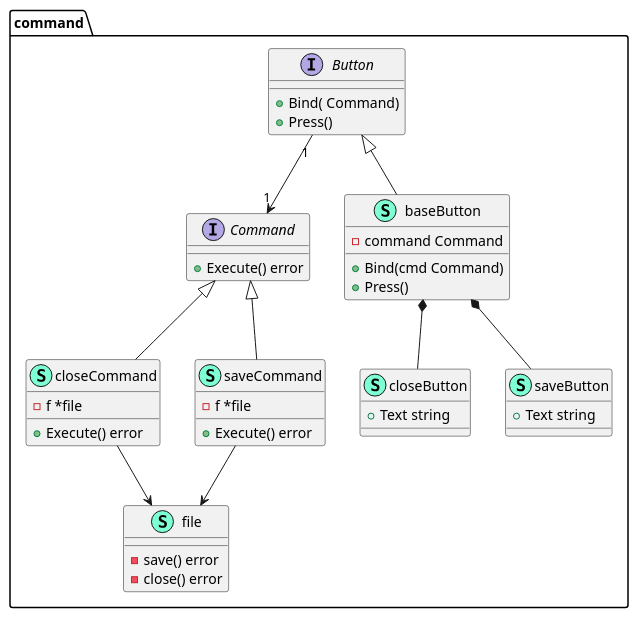
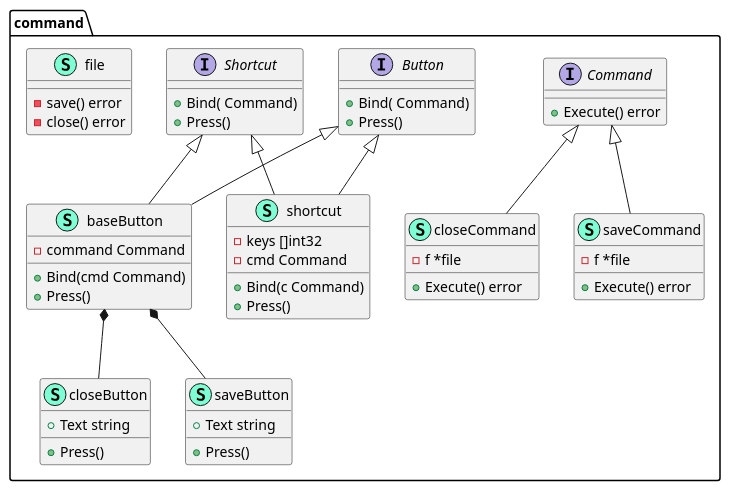
The diagram in behavioral/6_command/file.puml (hitzhangjie/go-patterns), drawn with PlantUML before and after one commit.

Commit message:
command: add shortcut

```diff
--- a/behavioral/6_command/file.puml
+++ b/behavioral/6_command/file.puml
@@ -1,57 +1,72 @@
 @startuml
 namespace command {
     interface Button  {
         + Bind( Command) 
         + Press() 
 
     }
     interface Command  {
         + Execute() error
 
     }
+    interface Shortcut  {
+        + Bind( Command) 
+        + Press() 
+
+    }
     class baseButton << (S,Aquamarine) >> {
         - command Command
 
         + Bind(cmd Command) 
         + Press() 
 
     }
     class closeButton << (S,Aquamarine) >> {
         + Text string
+
+        + Press() 
 
     }
     class closeCommand << (S,Aquamarine) >> {
         - f *file
 
         + Execute() error
 
     }
     class file << (S,Aquamarine) >> {
         - save() error
         - close() error
 
     }
     class saveButton << (S,Aquamarine) >> {
         + Text string
 
+        + Press() 
+
     }
     class saveCommand << (S,Aquamarine) >> {
         - f *file
 
         + Execute() error
 
     }
+    class shortcut << (S,Aquamarine) >> {
+        - keys []int32
+        - cmd Command
+
+        + Bind(c Command) 
+        + Press() 
+
+    }
 }
-"command.Button" "1" --> "1" "command.Command"
-
 "command.baseButton" *-- "command.closeButton"
 "command.baseButton" *-- "command.saveButton"
 
 "command.Button" <|-- "command.baseButton"
+"command.Shortcut" <|-- "command.baseButton"
 "command.Command" <|-- "command.closeCommand"
 "command.Command" <|-- "command.saveCommand"
-
-"command.saveCommand" --> "command.file"
-"command.closeCommand" --> "command.file"
+"command.Button" <|-- "command.shortcut"
+"command.Shortcut" <|-- "command.shortcut"
 
 @enduml
```
